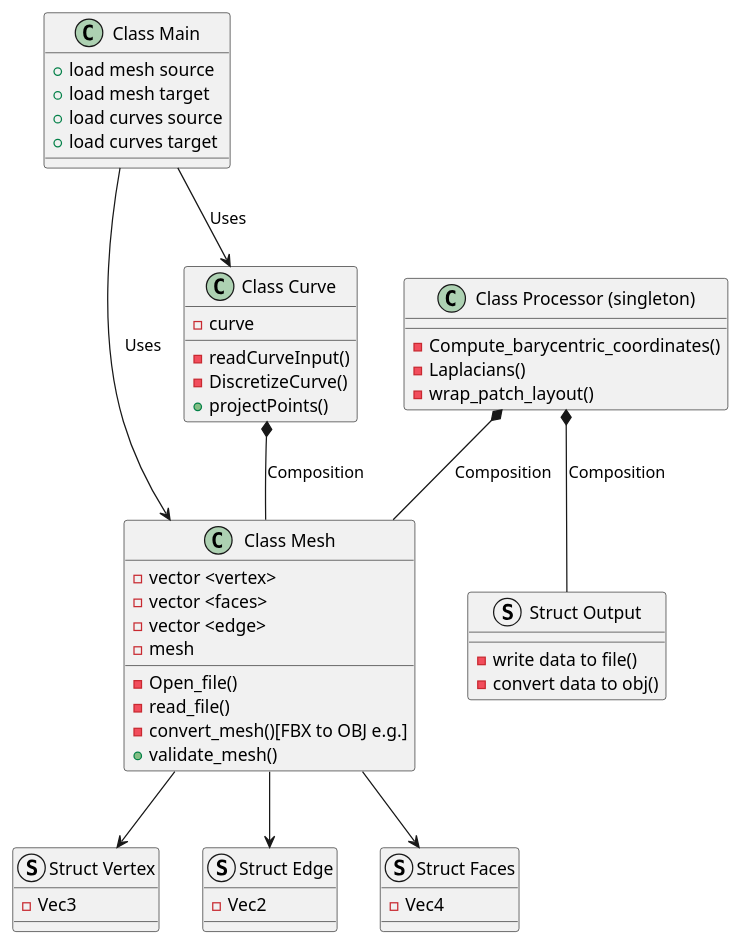
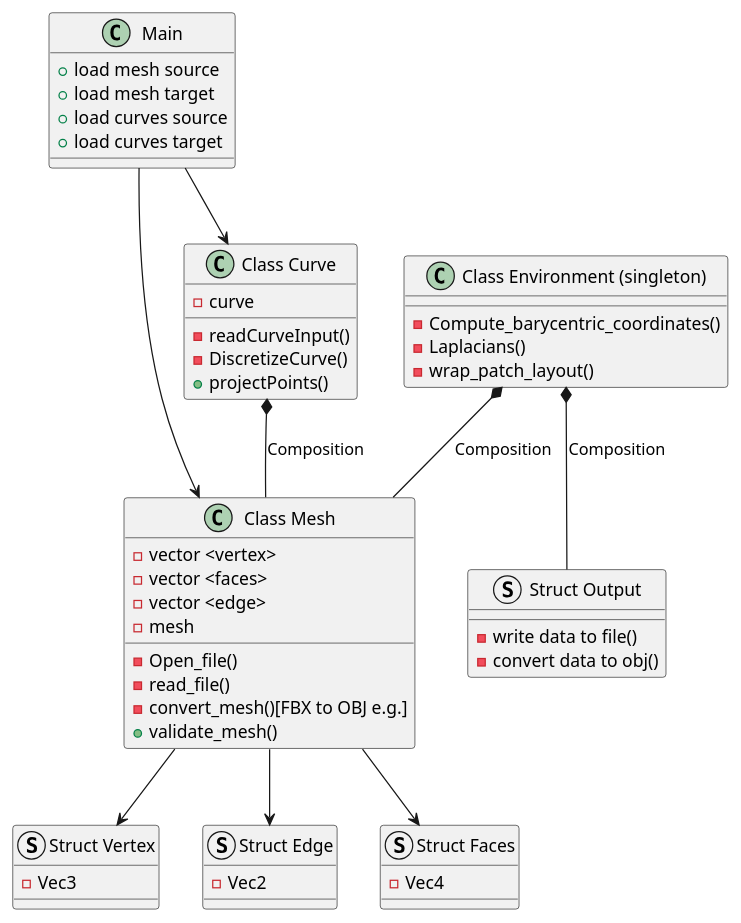
Before and after one commit to Robijn98/TopologyTransferTool: the diagram in class_diagram/class_diagram.puml, drawn with PlantUML. The commit also changed 2 other files, not shown here.

Commit message:
update calss diagram

```diff
--- a/class_diagram/class_diagram.puml
+++ b/class_diagram/class_diagram.puml
@@ -1,61 +1,61 @@
-@startuml
+@startuml Wrapper
 
-class "Class Main" {
+class "Main" {
     + load mesh source
     + load mesh target
     + load curves source
     + load curves target
 }
 
 class "Class Mesh" {
     - vector <vertex>
     - vector <faces>
     - vector <edge>
     - mesh
     - Open_file()
     - read_file()
     - convert_mesh()[FBX to OBJ e.g.]
     + validate_mesh()
 }
 
 class "Class Curve" {
     - curve
     - readCurveInput()
     - DiscretizeCurve()
     + projectPoints()
 }
 
-class "Class Processor (singleton)" {
+class "Class Environment (singleton)" {
     - Compute_barycentric_coordinates()
     - Laplacians()
     - wrap_patch_layout()
 }
 
 struct "Struct Vertex" {
     - Vec3
 }
 
 struct "Struct Edge" {
     - Vec2
 }
 
 struct "Struct Faces" {
     - Vec4
 }
 
 struct "Struct Output" {
     - write data to file()
     - convert data to obj()
 }
 
 ' Relationships
-"Class Main" --> "Class Mesh" : Uses
-"Class Main" --> "Class Curve" : Uses
+"Main" --> "Class Mesh" 
+"Main" --> "Class Curve"
 "Class Curve" *-- "Class Mesh" : Composition
-"Class Processor (singleton)" *-- "Class Mesh" : Composition
-"Class Processor (singleton)" *-- "Struct Output" : Composition
+"Class Environment (singleton)" *-- "Class Mesh" : Composition
+"Class Environment (singleton)" *-- "Struct Output" : Composition
 "Class Mesh" --> "Struct Vertex"
 "Class Mesh" --> "Struct Edge"
 "Class Mesh" --> "Struct Faces"
 
 @enduml
```
